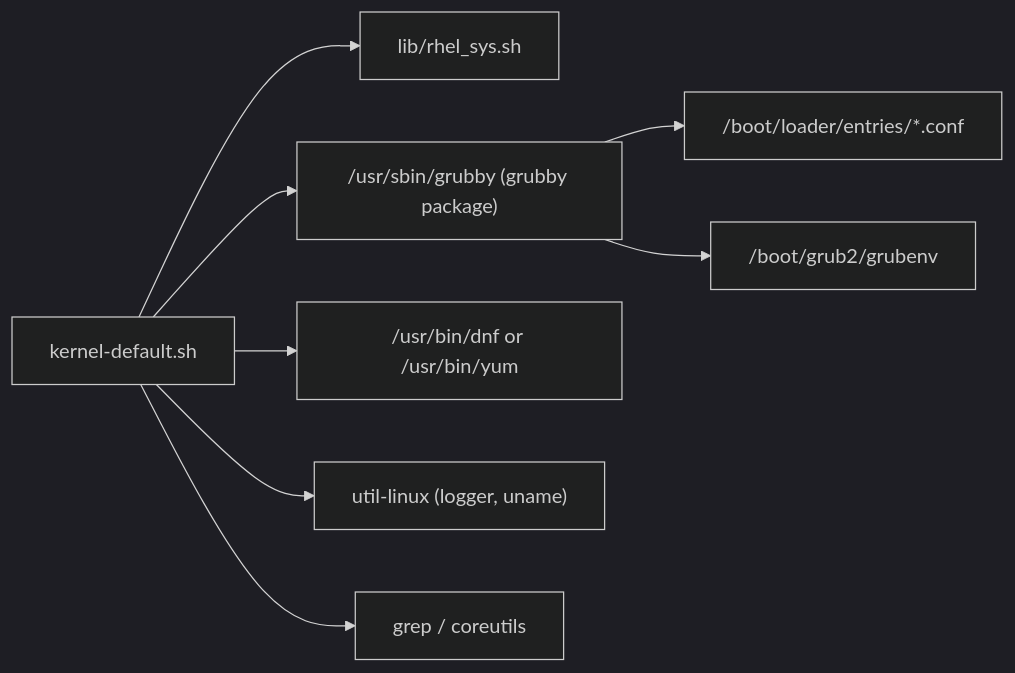
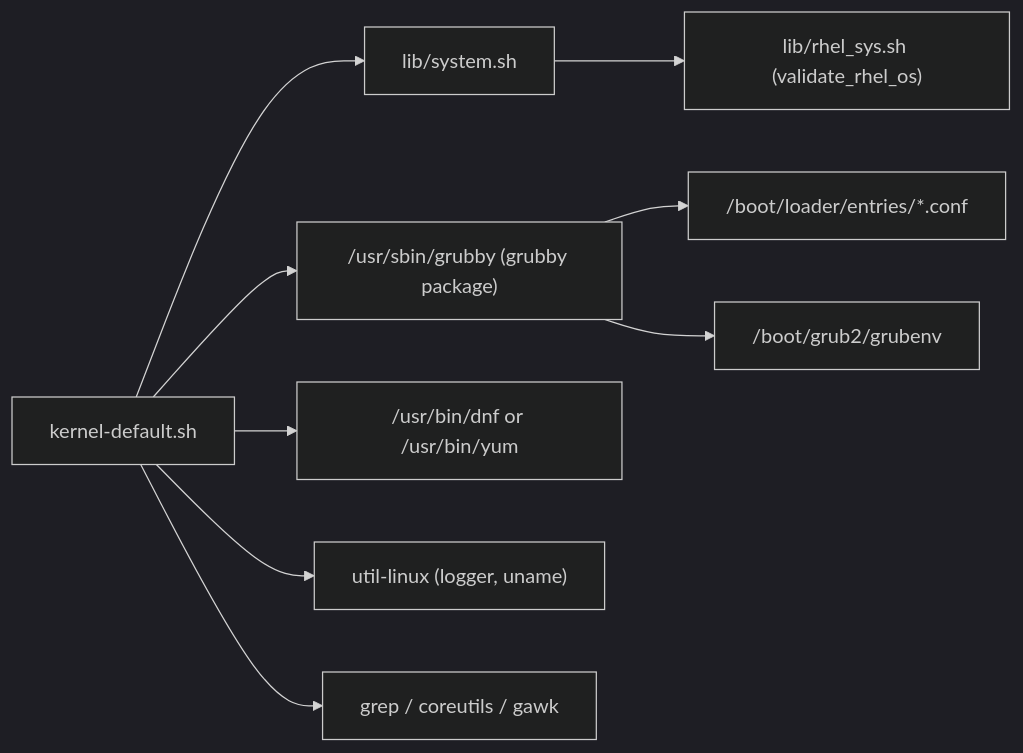
The third of 4 diagrams in os_sys/kernel-default_README.md (edsilegxrepo/devops), drawn with Mermaid (dark theme) before and after one commit. The commit also changed other lines of this file and 6 other files, not shown here.

Commit message:
refactor(os_sys): consolidate DRY v2.0.0 libs, harden dnf_check/kernel-default, and align READMEs

````diff
--- a/os_sys/kernel-default_README.md
+++ b/os_sys/kernel-default_README.md
@@ -138,11 +140,12 @@
 ```mermaid
 graph LR
-    SubScript["kernel-default.sh"] --> LibRhel["lib/rhel_sys.sh"]
+    SubScript["kernel-default.sh"] --> LibSys["lib/system.sh"]
+    LibSys --> LibRhel["lib/rhel_sys.sh (validate_rhel_os)"]
     SubScript --> BinaryGrubby["/usr/sbin/grubby (grubby package)"]
     SubScript --> BinaryDNF["/usr/bin/dnf or /usr/bin/yum"]
     SubScript --> CoreUtils["util-linux (logger, uname)"]
-    SubScript --> GrepUtils["grep / coreutils"]
+    SubScript --> GrepUtils["grep / coreutils / gawk"]
     
     BinaryGrubby --> BootFiles["/boot/loader/entries/*.conf"]
     BinaryGrubby --> GrubEnv["/boot/grub2/grubenv"]
 ```
````
